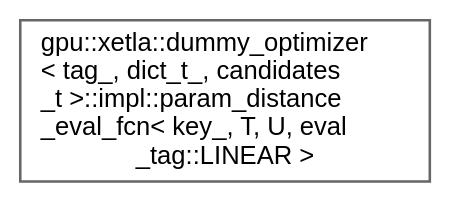
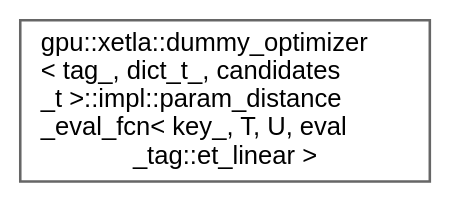
Before and after one commit to intel/xetla: the diagram in docs/inherit_graph_56.dot, drawn with Graphviz. The commit also changed 313 other files, not shown here.

```diff
--- a/docs/inherit_graph_56.dot
+++ b/docs/inherit_graph_56.dot
@@ -1,9 +1,9 @@
 digraph "Graphical Class Hierarchy"
 {
  // LATEX_PDF_SIZE
   bgcolor="transparent";
   edge [fontname=Helvetica,fontsize=10,labelfontname=Helvetica,labelfontsize=10];
   node [fontname=Helvetica,fontsize=10,shape=box,height=0.2,width=0.4];
   rankdir="LR";
-  Node0 [id="Node000000",label="gpu::xetla::dummy_optimizer\l\< tag_, dict_t_, candidates\l_t \>::impl::param_distance\l_eval_fcn\< key_, T, U, eval\l_tag::LINEAR \>",height=0.2,width=0.4,color="grey40", fillcolor="white", style="filled",URL="$structgpu_1_1xetla_1_1dummy__optimizer_1_1impl_1_1param__distance__eval__fcn_3_01key___00_01T_00989f20ef9b16977838e5c839b6197129.html",tooltip=" "];
+  Node0 [id="Node000000",label="gpu::xetla::dummy_optimizer\l\< tag_, dict_t_, candidates\l_t \>::impl::param_distance\l_eval_fcn\< key_, T, U, eval\l_tag::et_linear \>",height=0.2,width=0.4,color="grey40", fillcolor="white", style="filled",URL="$structgpu_1_1xetla_1_1dummy__optimizer_1_1impl_1_1param__distance__eval__fcn_3_01key___00_01T_00fb69053587fe69b28584c89a5ac74c7e.html",tooltip=" "];
 }
```
